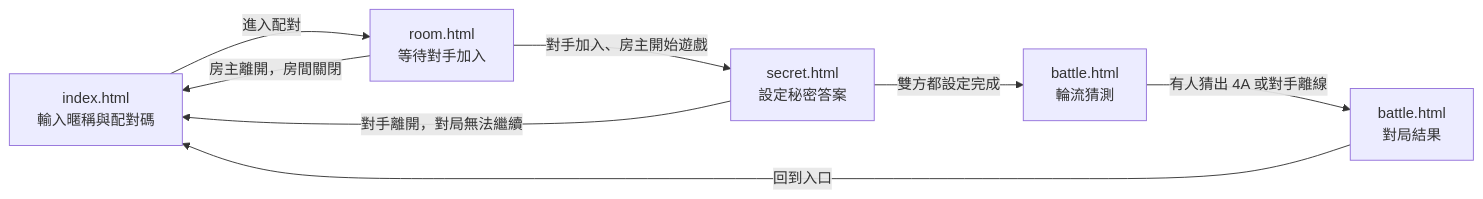
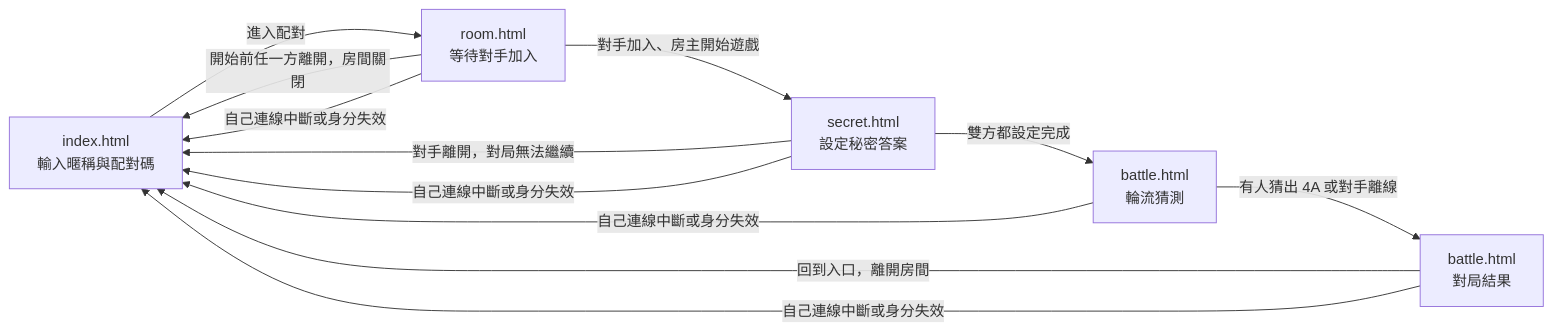
The diagram in specs/001-online-pvp-1a2b/ui/plan.md (AI-x-BDD/s-aixbdd-spec-kit), drawn with Mermaid before and after one commit. The commit also changed other lines of this file and 13 other files, not shown here.

````diff
--- a/specs/001-online-pvp-1a2b/ui/plan.md
+++ b/specs/001-online-pvp-1a2b/ui/plan.md
@@ -61,10 +60,14 @@
 ```mermaid
 flowchart LR
   entry["index.html<br>輸入暱稱與配對碼"] -->|進入配對| room["room.html<br>等待對手加入"]
   room -->|對手加入、房主開始遊戲| secret["secret.html<br>設定秘密答案"]
-  room -->|房主離開，房間關閉| entry
+  room -->|開始前任一方離開，房間關閉| entry
   secret -->|雙方都設定完成| battle["battle.html<br>輪流猜測"]
   secret -->|對手離開，對局無法繼續| entry
   battle -->|有人猜出 4A 或對手離線| result["battle.html<br>對局結果"]
-  result -->|回到入口| entry
+  result -->|回到入口，離開房間| entry
+  room -->|自己連線中斷或身分失效| entry
+  secret -->|自己連線中斷或身分失效| entry
+  battle -->|自己連線中斷或身分失效| entry
+  result -->|自己連線中斷或身分失效| entry
 ```
````
